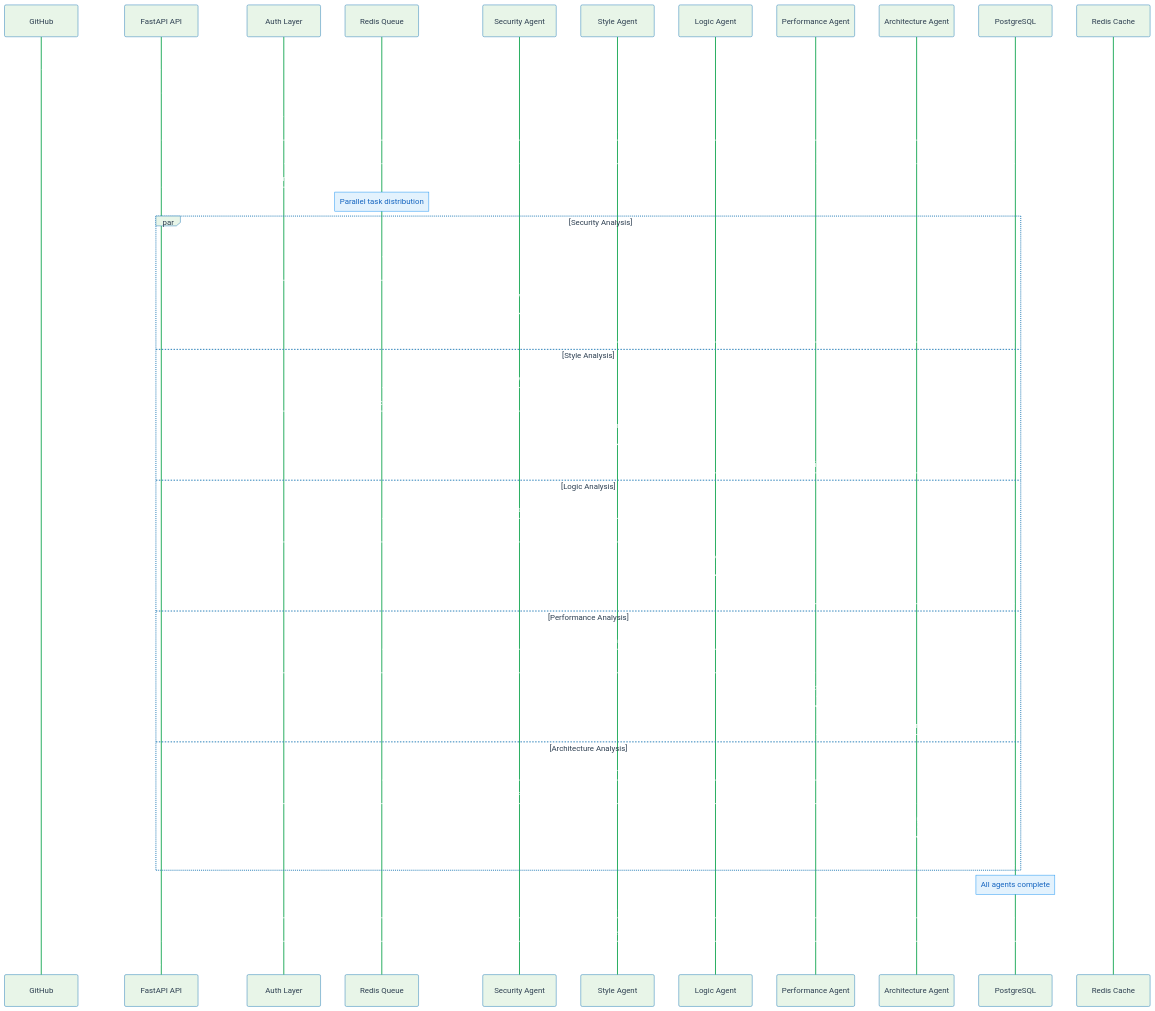
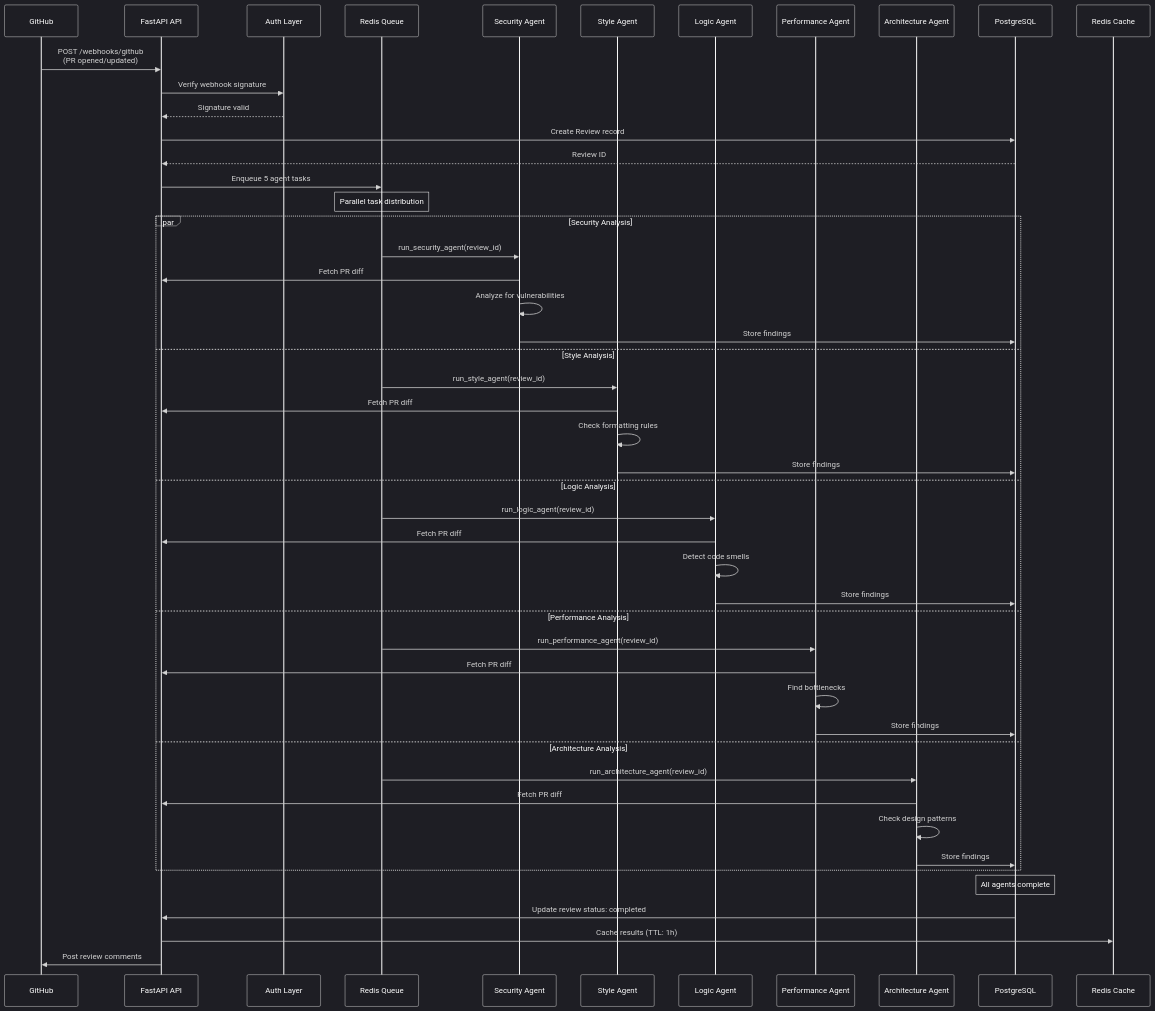
Before and after one commit to PriscillaOng12/AI-Code-Review-Squad: the second of 7 diagrams in docs/ARCHITECTURE.md, drawn with Mermaid. The commit also changed other lines of this file, not shown here.

````diff
--- a/docs/ARCHITECTURE.md
+++ b/docs/ARCHITECTURE.md
@@ -157,57 +157,57 @@
 ```mermaid
-%%{init: {'theme': 'base', 'themeVariables': {'primaryColor': '#3498db', 'primaryTextColor': '#ffffff', 'primaryBorderColor': '#2980b9', 'lineColor': '#34495e', 'secondaryColor': '#e74c3c', 'tertiaryColor': '#f39c12', 'background': '#ffffff', 'mainBkg': '#3498db', 'secondBkg': '#e74c3c', 'tertiaryBkg': '#f39c12', 'actorBkg': '#e8f5e8', 'actorTextColor': '#2c3e50', 'actorLineColor': '#27ae60', 'activationBkgColor': '#fff3e0', 'activationBorderColor': '#ff9800', 'loopTextColor': '#2c3e50', 'noteBkgColor': '#e3f2fd', 'noteTextColor': '#1565c0', 'noteBorderColor': '#2196f3'}}}%%
+%%{init: {'theme': 'dark', 'themeVariables': {'primaryColor': 'transparent', 'primaryTextColor': '#ffffff', 'primaryBorderColor': '#ffffff', 'lineColor': '#ffffff', 'secondaryColor': 'transparent', 'tertiaryColor': 'transparent', 'background': 'transparent', 'mainBkg': 'transparent', 'secondBkg': 'transparent', 'tertiaryBkg': 'transparent', 'actorBkg': 'transparent', 'actorTextColor': '#ffffff', 'actorLineColor': '#ffffff', 'activationBkgColor': 'transparent', 'activationBorderColor': '#ffffff', 'loopTextColor': '#ffffff', 'noteBkgColor': 'transparent', 'noteTextColor': '#ffffff', 'noteBorderColor': '#ffffff', 'messageLine0': '#ffffff', 'messageLine1': '#ffffff', 'messageText': '#ffffff', 'labelTextColor': '#ffffff'}}}%%
 sequenceDiagram
     participant GH as GitHub
     participant API as FastAPI API
     participant AUTH as Auth Layer
     participant QUEUE as Redis Queue
     participant SEC as Security Agent
     participant STY as Style Agent
     participant LOG as Logic Agent
     participant PERF as Performance Agent
     participant ARCH as Architecture Agent
     participant DB as PostgreSQL
     participant CACHE as Redis Cache
     
     GH->>API: POST /webhooks/github<br/>(PR opened/updated)
     API->>AUTH: Verify webhook signature
     AUTH-->>API: Signature valid
     
     API->>DB: Create Review record
     DB-->>API: Review ID
     
     API->>QUEUE: Enqueue 5 agent tasks
     Note over QUEUE: Parallel task distribution
     
     par Security Analysis
         QUEUE->>SEC: run_security_agent(review_id)
         SEC->>API: Fetch PR diff
         SEC->>SEC: Analyze for vulnerabilities
         SEC->>DB: Store findings
     and Style Analysis  
         QUEUE->>STY: run_style_agent(review_id)
         STY->>API: Fetch PR diff
         STY->>STY: Check formatting rules
         STY->>DB: Store findings
     and Logic Analysis
         QUEUE->>LOG: run_logic_agent(review_id)
         LOG->>API: Fetch PR diff  
         LOG->>LOG: Detect code smells
         LOG->>DB: Store findings
     and Performance Analysis
         QUEUE->>PERF: run_performance_agent(review_id)
         PERF->>API: Fetch PR diff
         PERF->>PERF: Find bottlenecks
         PERF->>DB: Store findings
     and Architecture Analysis
         QUEUE->>ARCH: run_architecture_agent(review_id)
         ARCH->>API: Fetch PR diff
         ARCH->>ARCH: Check design patterns
         ARCH->>DB: Store findings
     end
     
     Note over DB: All agents complete
     DB->>API: Update review status: completed
     API->>CACHE: Cache results (TTL: 1h)
     API->>GH: Post review comments
 ```
````
